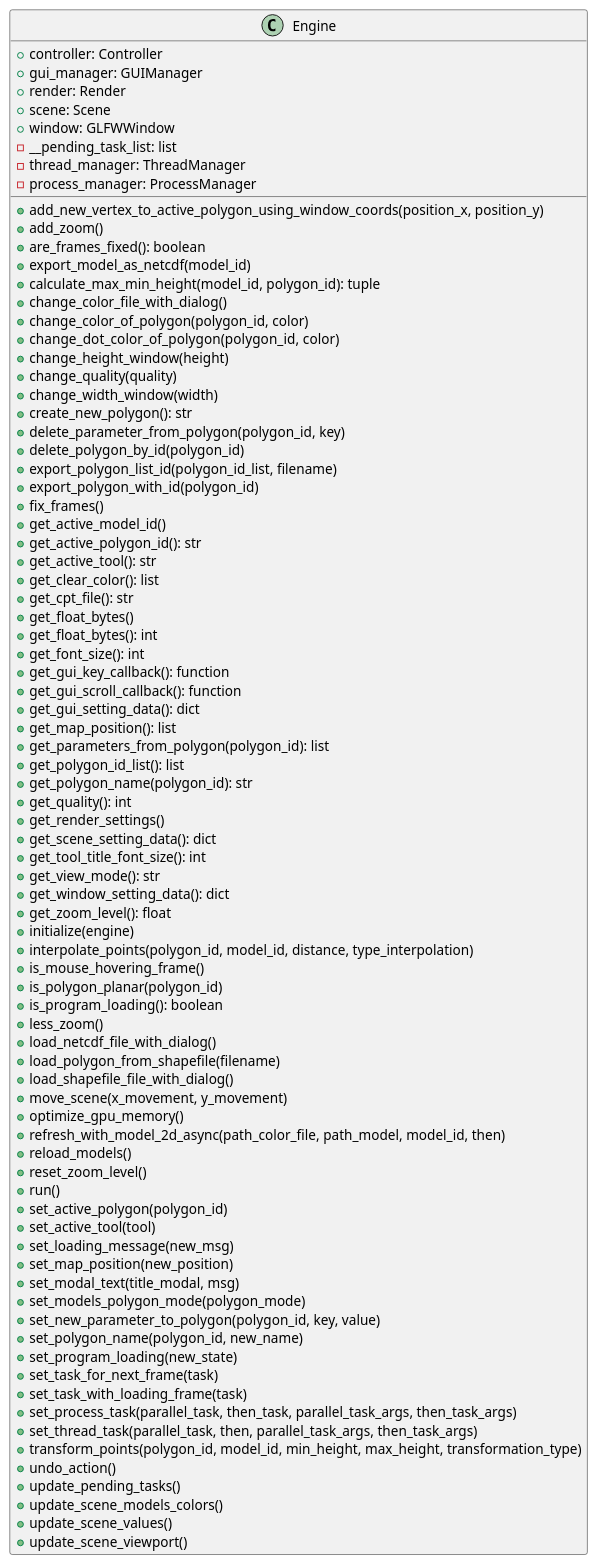
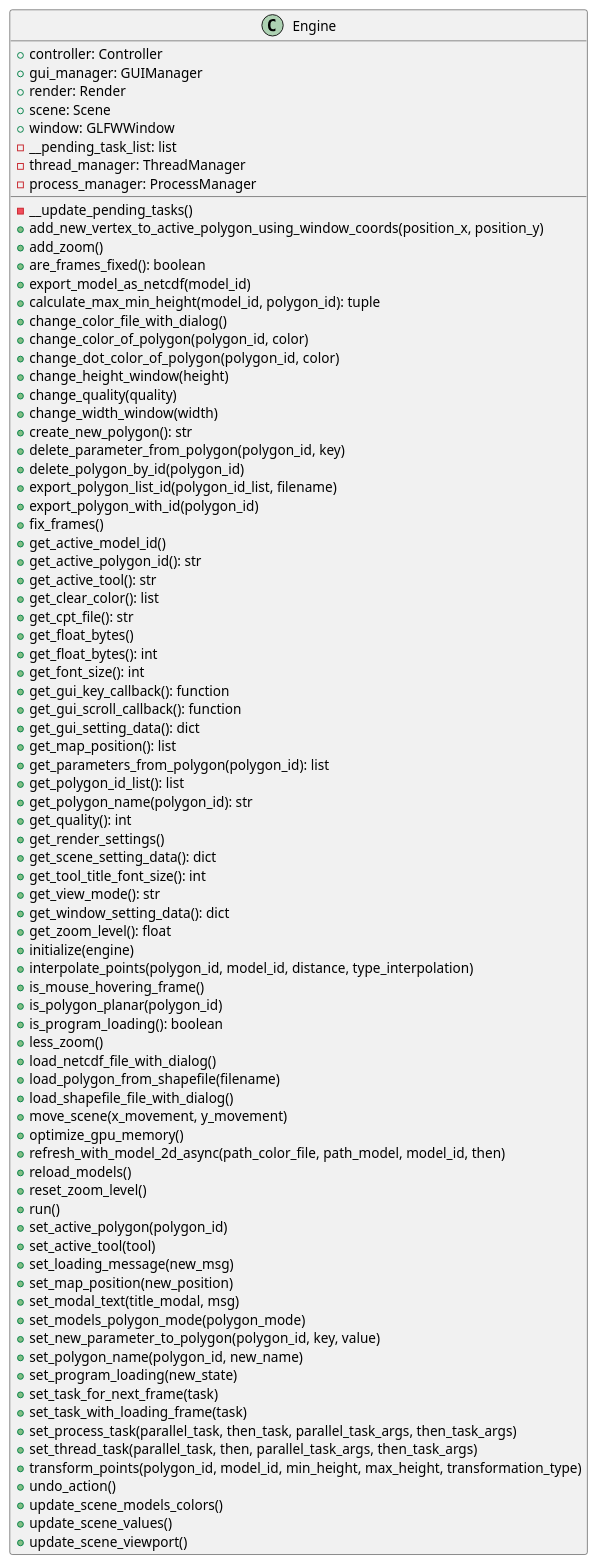
Before and after one commit to ferpoble2/Relief_Creator: the diagram in docs/classes/Engine.puml, drawn with PlantUML. The commit also changed 1 other file, not shown here.

```diff
--- a/docs/classes/Engine.puml
+++ b/docs/classes/Engine.puml
@@ -1,87 +1,87 @@
 @startuml
 class Engine {
     + controller: Controller
     + gui_manager: GUIManager
     + render: Render
     + scene: Scene
     + window: GLFWWindow
     - __pending_task_list: list
     - thread_manager: ThreadManager
     - process_manager: ProcessManager
 
+    - __update_pending_tasks()
     + add_new_vertex_to_active_polygon_using_window_coords(position_x, position_y)
     + add_zoom()
     + are_frames_fixed(): boolean
     + export_model_as_netcdf(model_id)
     + calculate_max_min_height(model_id, polygon_id): tuple
     + change_color_file_with_dialog()
     + change_color_of_polygon(polygon_id, color)
     + change_dot_color_of_polygon(polygon_id,  color)
     + change_height_window(height)
     + change_quality(quality)
     + change_width_window(width)
     + create_new_polygon(): str
     + delete_parameter_from_polygon(polygon_id, key)
     + delete_polygon_by_id(polygon_id)
     + export_polygon_list_id(polygon_id_list, filename)
     + export_polygon_with_id(polygon_id)
     + fix_frames()
     + get_active_model_id()
     + get_active_polygon_id(): str
     + get_active_tool(): str
     + get_clear_color(): list
     + get_cpt_file(): str
     + get_float_bytes()
     + get_float_bytes(): int
     + get_font_size(): int
     + get_gui_key_callback(): function
     + get_gui_scroll_callback(): function
     + get_gui_setting_data(): dict
     + get_map_position(): list
     + get_parameters_from_polygon(polygon_id): list
     + get_polygon_id_list(): list
     + get_polygon_name(polygon_id): str
     + get_quality(): int
     + get_render_settings()
     + get_scene_setting_data(): dict
     + get_tool_title_font_size(): int
     + get_view_mode(): str
     + get_window_setting_data(): dict
     + get_zoom_level(): float
     + initialize(engine)
     + interpolate_points(polygon_id, model_id, distance, type_interpolation)
     + is_mouse_hovering_frame()
     + is_polygon_planar(polygon_id)
     + is_program_loading(): boolean
     + less_zoom()
     + load_netcdf_file_with_dialog()
     + load_polygon_from_shapefile(filename)
     + load_shapefile_file_with_dialog()
     + move_scene(x_movement, y_movement)
     + optimize_gpu_memory()
     + refresh_with_model_2d_async(path_color_file, path_model, model_id, then)
     + reload_models()
     + reset_zoom_level()
     + run()
     + set_active_polygon(polygon_id)
     + set_active_tool(tool)
     + set_loading_message(new_msg)
     + set_map_position(new_position)
     + set_modal_text(title_modal, msg)
     + set_models_polygon_mode(polygon_mode)
     + set_new_parameter_to_polygon(polygon_id, key, value)
     + set_polygon_name(polygon_id, new_name)
     + set_program_loading(new_state)
     + set_task_for_next_frame(task)
     + set_task_with_loading_frame(task)
     + set_process_task(parallel_task, then_task, parallel_task_args, then_task_args)
     + set_thread_task(parallel_task, then, parallel_task_args, then_task_args)
     + transform_points(polygon_id, model_id, min_height, max_height, transformation_type)
     + undo_action()
-    + update_pending_tasks()
     + update_scene_models_colors()
     + update_scene_values()
     + update_scene_viewport()
 }
 
 @enduml
```
